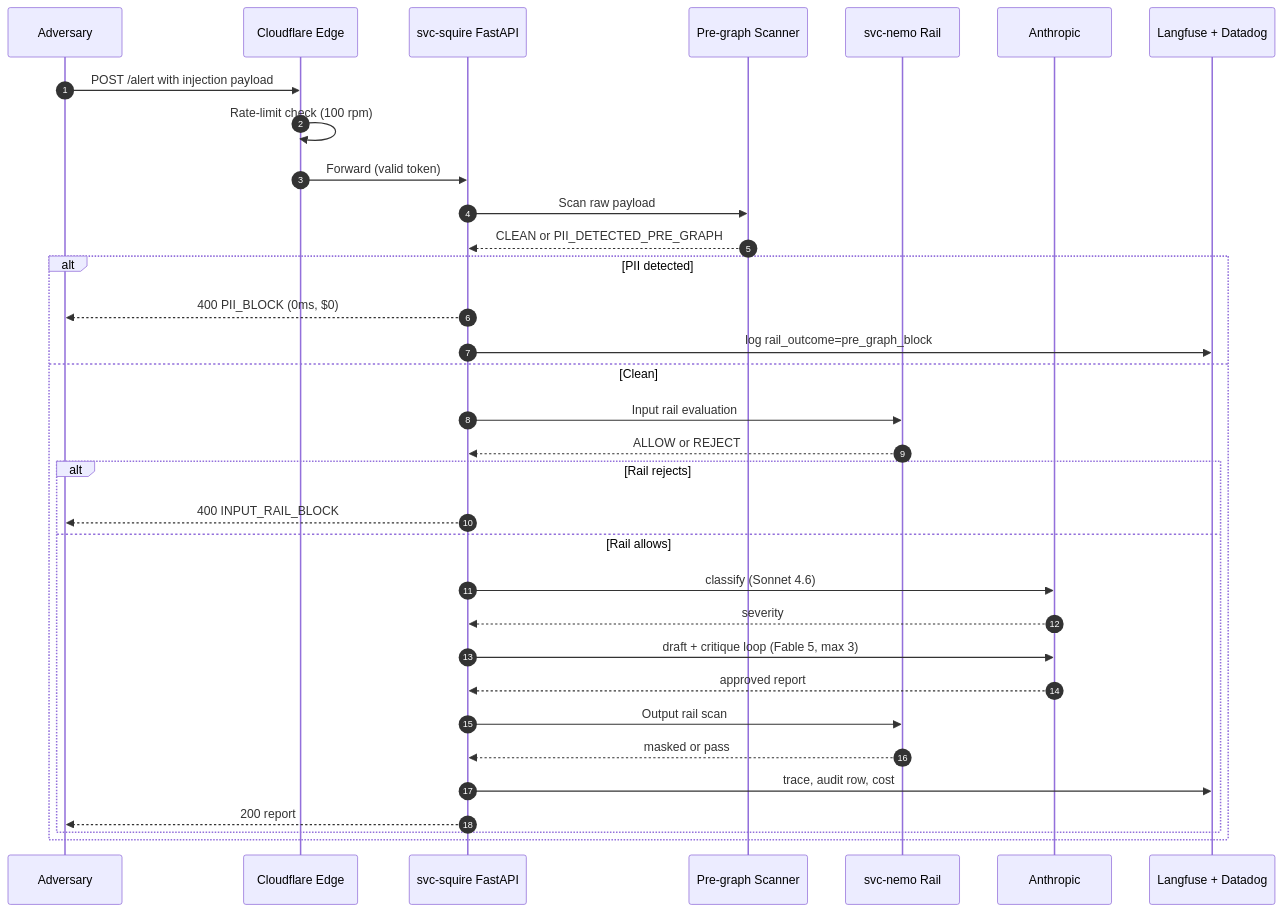
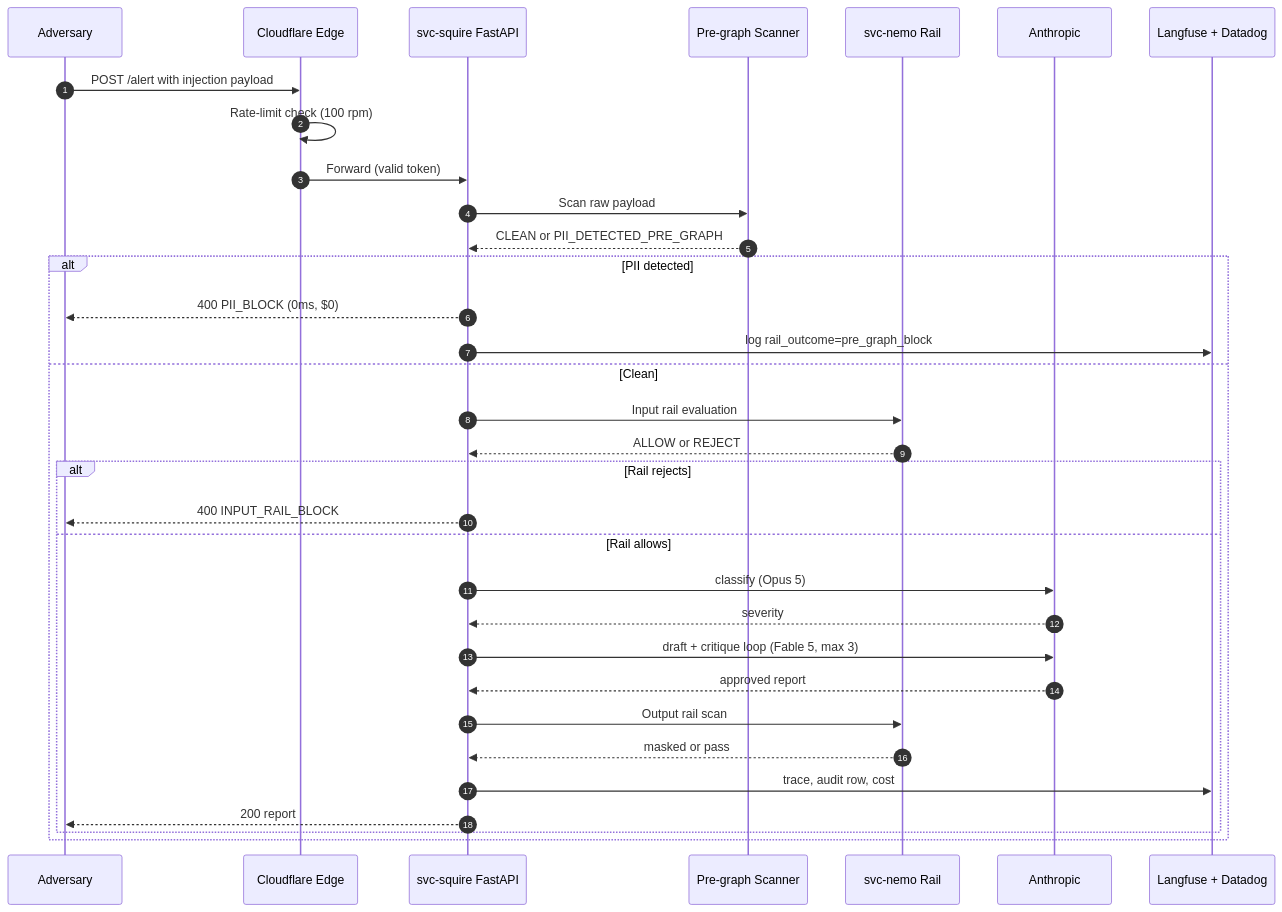
One commit to ET-sec/cyber-squire1 changed the second of 2 diagrams in docs/grc/SQUIRE_THREAT_MODEL.md. Above: the diagram before and after it, drawn with Mermaid. The commit also changed other lines of this file and 49 other files, not shown here.

````diff
--- a/docs/grc/SQUIRE_THREAT_MODEL.md
+++ b/docs/grc/SQUIRE_THREAT_MODEL.md
@@ -371,36 +371,36 @@
 ```mermaid
 sequenceDiagram
     autonumber
     participant Adv as Adversary
     participant Edge as Cloudflare Edge
     participant API as svc-squire FastAPI
     participant PG as Pre-graph Scanner
     participant Rail as svc-nemo Rail
     participant LLM as Anthropic
     participant Obs as Langfuse + Datadog
 
     Adv->>Edge: POST /alert with injection payload
     Edge->>Edge: Rate-limit check (100 rpm)
     Edge->>API: Forward (valid token)
     API->>PG: Scan raw payload
     PG-->>API: CLEAN or PII_DETECTED_PRE_GRAPH
     alt PII detected
         API-->>Adv: 400 PII_BLOCK (0ms, $0)
         API->>Obs: log rail_outcome=pre_graph_block
     else Clean
         API->>Rail: Input rail evaluation
         Rail-->>API: ALLOW or REJECT
         alt Rail rejects
             API-->>Adv: 400 INPUT_RAIL_BLOCK
         else Rail allows
-            API->>LLM: classify (Sonnet 4.6)
+            API->>LLM: classify (Opus 5)
             LLM-->>API: severity
             API->>LLM: draft + critique loop (Fable 5, max 3)
             LLM-->>API: approved report
             API->>Rail: Output rail scan
             Rail-->>API: masked or pass
             API->>Obs: trace, audit row, cost
             API-->>Adv: 200 report
         end
     end
 ```
````
